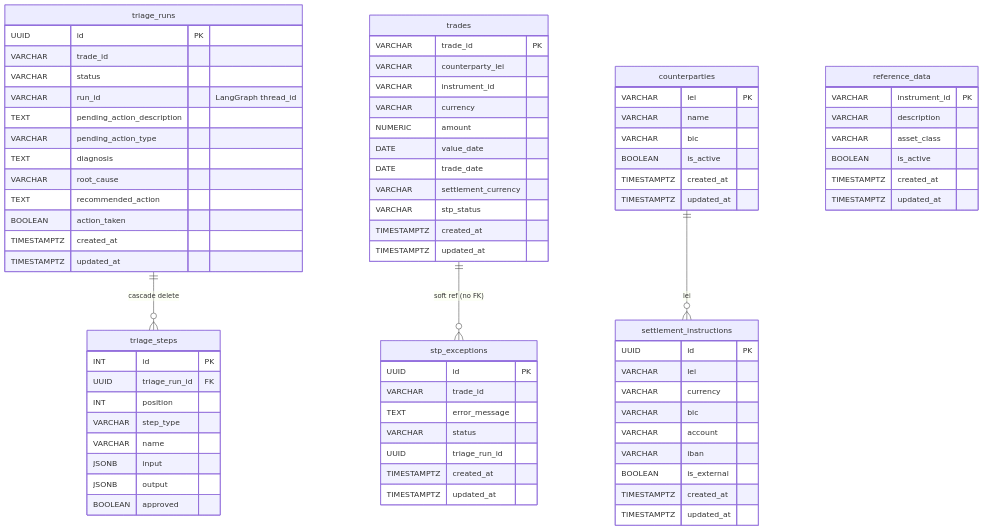
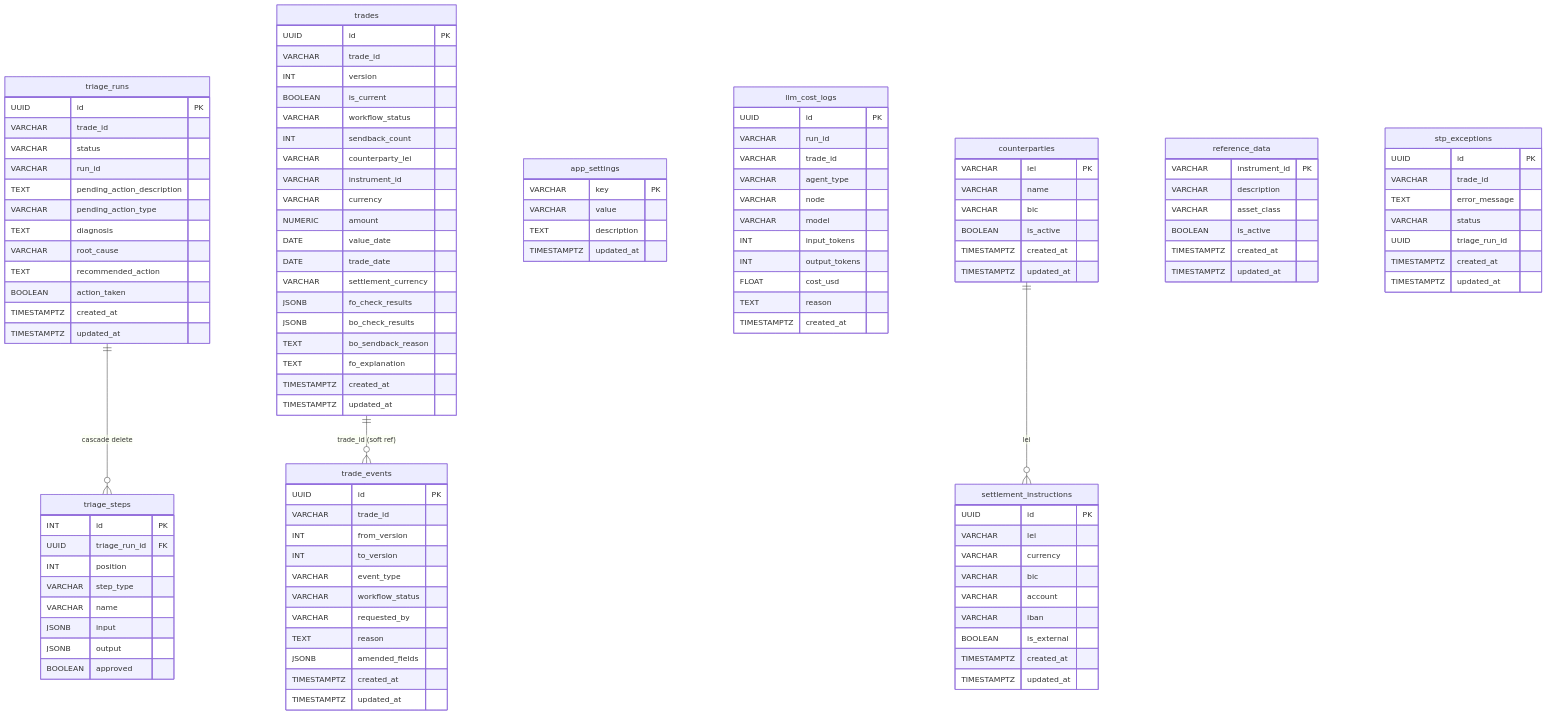
Before and after one commit to inash03/deep_agent_test: the seventh of 7 diagrams in docs/architecture.md, drawn with Mermaid. The commit also changed other lines of this file and 5 other files, not shown here.

````diff
--- a/docs/architecture.md
+++ b/docs/architecture.md
@@ -239,7 +298,7 @@
         UUID id PK
         VARCHAR trade_id
         VARCHAR status
-        VARCHAR run_id "LangGraph thread_id"
+        VARCHAR run_id
         TEXT pending_action_description
         VARCHAR pending_action_type
         TEXT diagnosis
@@ -260,7 +319,12 @@
         BOOLEAN approved
     }
     trades {
-        VARCHAR trade_id PK
+        UUID id PK
+        VARCHAR trade_id
+        INT version
+        BOOLEAN is_current
+        VARCHAR workflow_status
+        INT sendback_count
         VARCHAR counterparty_lei
         VARCHAR instrument_id
         VARCHAR currency
@@ -268,9 +332,44 @@
         DATE value_date
         DATE trade_date
         VARCHAR settlement_currency
-        VARCHAR stp_status
+        JSONB fo_check_results
+        JSONB bo_check_results
+        TEXT bo_sendback_reason
+        TEXT fo_explanation
         TIMESTAMPTZ created_at
         TIMESTAMPTZ updated_at
+    }
+    trade_events {
+        UUID id PK
+        VARCHAR trade_id
+        INT from_version
+        INT to_version
+        VARCHAR event_type
+        VARCHAR workflow_status
+        VARCHAR requested_by
+        TEXT reason
+        JSONB amended_fields
+        TIMESTAMPTZ created_at
+        TIMESTAMPTZ updated_at
+    }
+    app_settings {
+        VARCHAR key PK
+        VARCHAR value
+        TEXT description
+        TIMESTAMPTZ updated_at
+    }
+    llm_cost_logs {
+        UUID id PK
+        VARCHAR run_id
+        VARCHAR trade_id
+        VARCHAR agent_type
+        VARCHAR node
+        VARCHAR model
+        INT input_tokens
+        INT output_tokens
+        FLOAT cost_usd
+        TEXT reason
+        TIMESTAMPTZ created_at
     }
     counterparties {
         VARCHAR lei PK
@@ -310,6 +409,6 @@
     }
 
     triage_runs ||--o{ triage_steps : "cascade delete"
-    trades ||--o{ stp_exceptions : "soft ref (no FK)"
+    trades ||--o{ trade_events : "trade_id (soft ref)"
     counterparties ||--o{ settlement_instructions : "lei"
 ```
````
